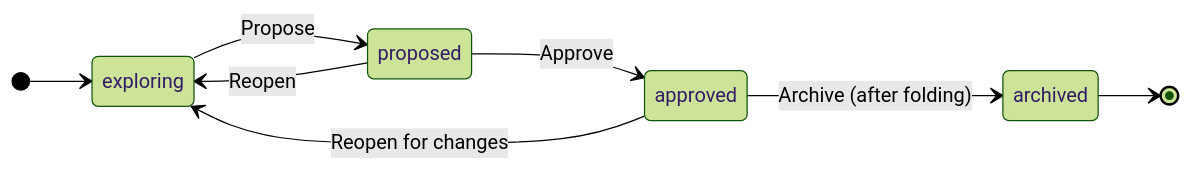
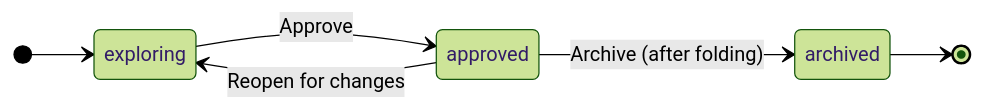
One commit to gutohuida/AgentWeave changed the diagram in docs/guides/specifications.md. Above: the diagram before and after it, drawn with Mermaid (forest theme). The commit also changed other lines of this file and 23 other files, not shown here.

````diff
--- a/docs/guides/specifications.md
+++ b/docs/guides/specifications.md
@@ -62,11 +62,9 @@
 ```mermaid
 stateDiagram-v2
     direction LR
     [*] --> exploring
-    exploring --> proposed : Propose
-    proposed --> approved : Approve
-    proposed --> exploring : Reopen
+    exploring --> approved : Approve
     approved --> exploring : Reopen for changes
     approved --> archived : Archive (after folding)
     archived --> [*]
 ```
````
